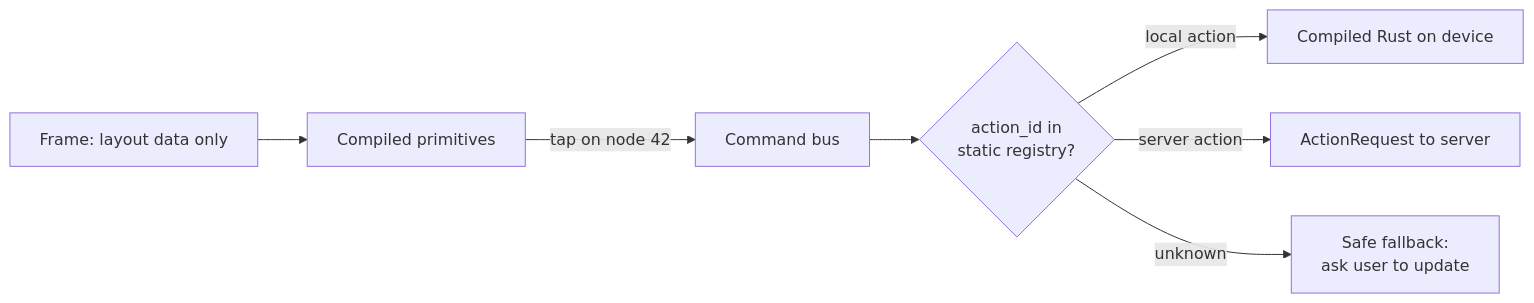
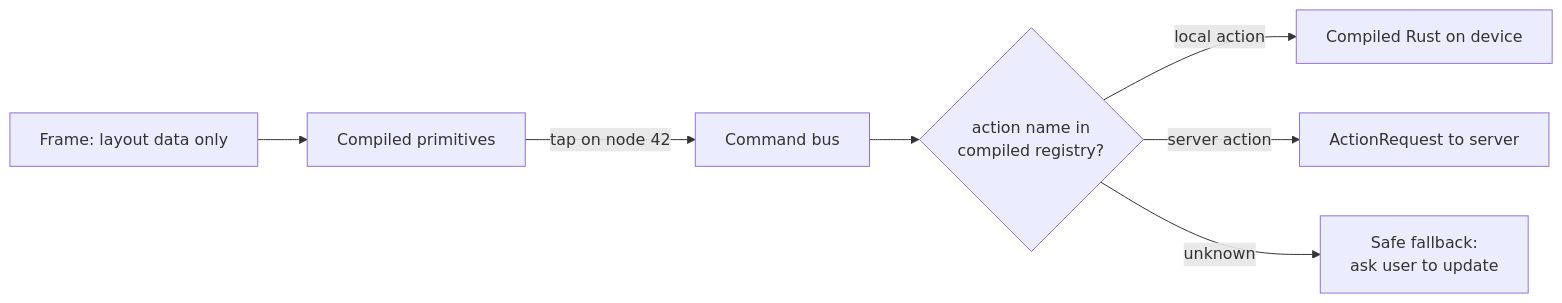
One commit to ewe-studios/ewe_platform changed the first of 2 diagrams in specifications/69-foundation-ui-v2/research/11-app-store-and-command-bus.md. Above: the diagram before and after it, drawn with Mermaid. The commit also changed other lines of this file and 16 other files, not shown here.

````diff
--- a/specifications/69-foundation-ui-v2/research/11-app-store-and-command-bus.md
+++ b/specifications/69-foundation-ui-v2/research/11-app-store-and-command-bus.md
@@ -26,9 +26,9 @@
 ```mermaid
 flowchart LR
     F[Frame: layout data only] --> V[Compiled primitives]
     V -->|tap on node 42| B[Command bus]
-    B --> L{action_id in<br/>static registry?}
+    B --> L{action name in<br/>compiled registry?}
     L -->|local action| LR[Compiled Rust on device]
     L -->|server action| SA[ActionRequest to server]
     L -->|unknown| FB[Safe fallback:<br/>ask user to update]
 ```
````
